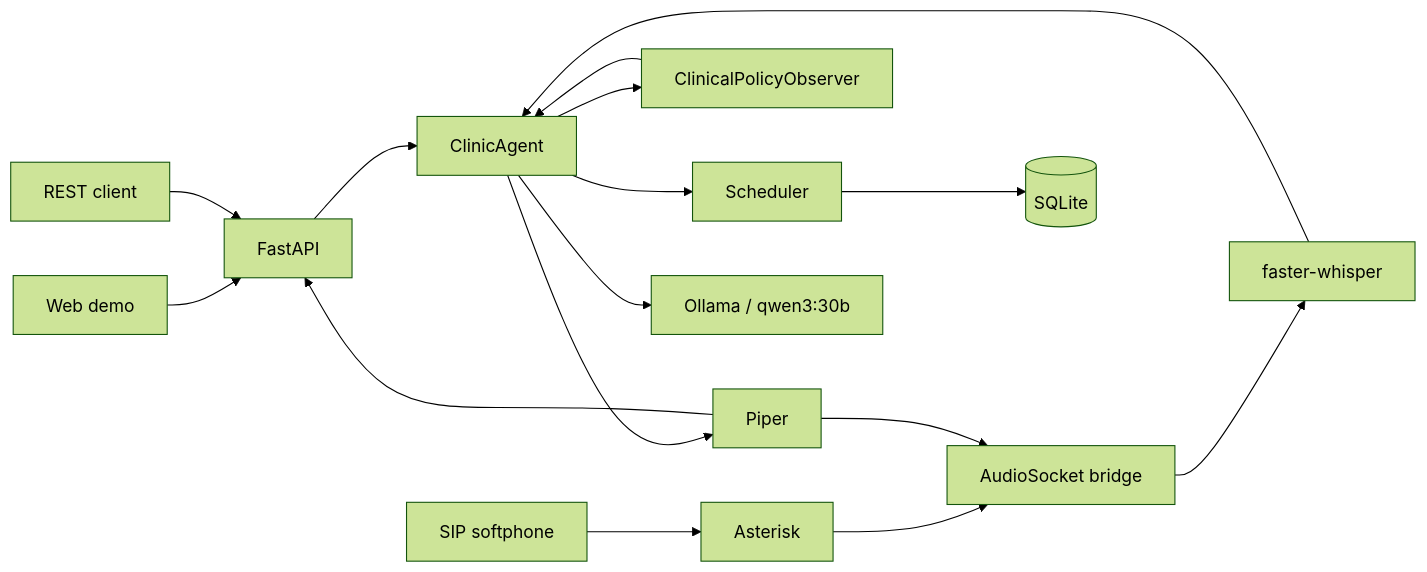
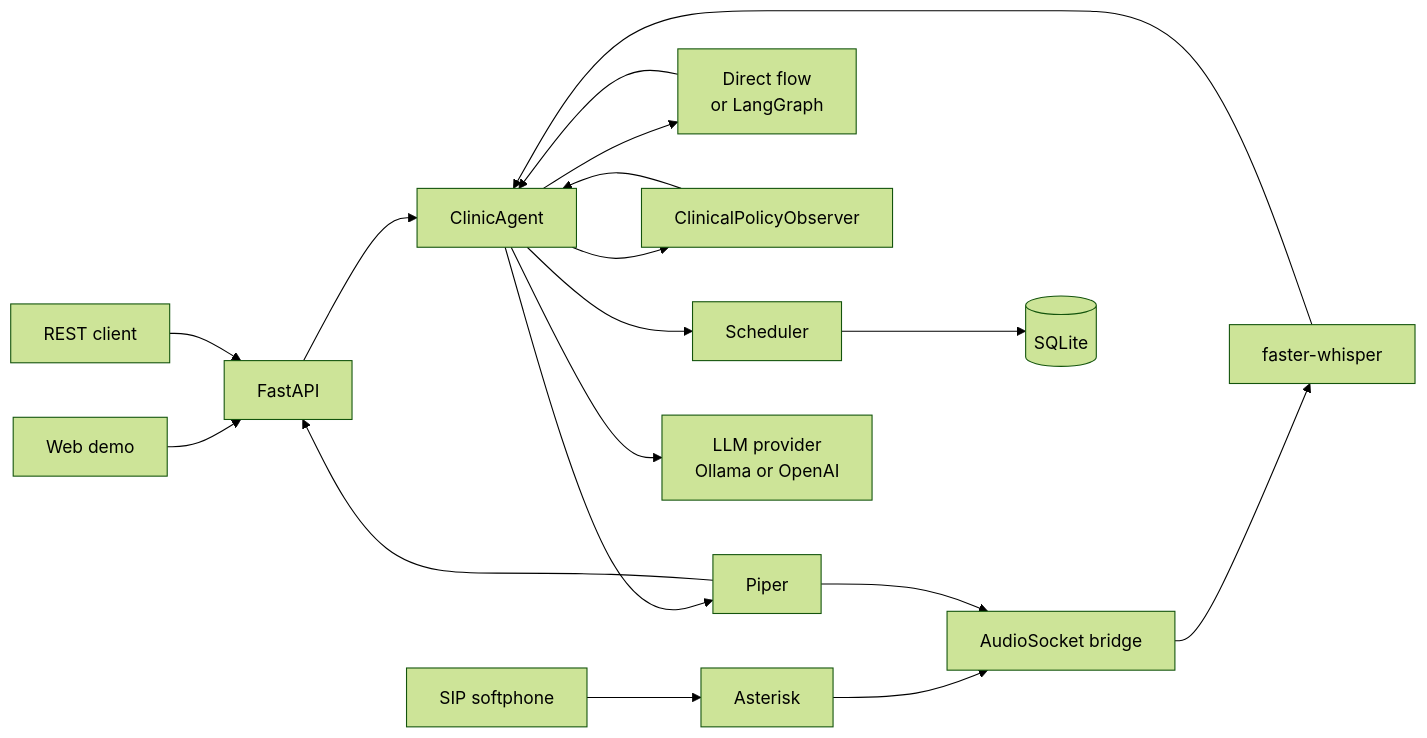
The first of 6 diagrams in docs/ARCHITECTURE.md (JotaTerrasa/voiceclinic-local-agent), drawn with Mermaid (forest theme) before and after one commit. The commit also changed other lines of this file and 16 other files, not shown here.

````diff
--- a/docs/ARCHITECTURE.md
+++ b/docs/ARCHITECTURE.md
@@ -12,21 +12,23 @@
 ```mermaid
 flowchart LR
   Web["Web demo"] --> API["FastAPI"]
   REST["REST client"] --> API
   Phone["SIP softphone"] --> Asterisk["Asterisk"]
   Asterisk --> AudioSocket["AudioSocket bridge"]
 
   API --> Agent["ClinicAgent"]
   AudioSocket --> STT["faster-whisper"]
   STT --> Agent
 
+  Agent --> Orchestrator["Direct flow<br/>or LangGraph"]
+  Orchestrator --> Agent
   Agent --> Observer["ClinicalPolicyObserver"]
   Observer --> Agent
   Agent --> Scheduler["Scheduler"]
   Scheduler --> DB[("SQLite")]
-  Agent --> Ollama["Ollama / qwen3:30b"]
+  Agent --> LLM["LLM provider<br/>Ollama or OpenAI"]
   Agent --> TTS["Piper"]
 
   TTS --> API
   TTS --> AudioSocket
 ```
````
